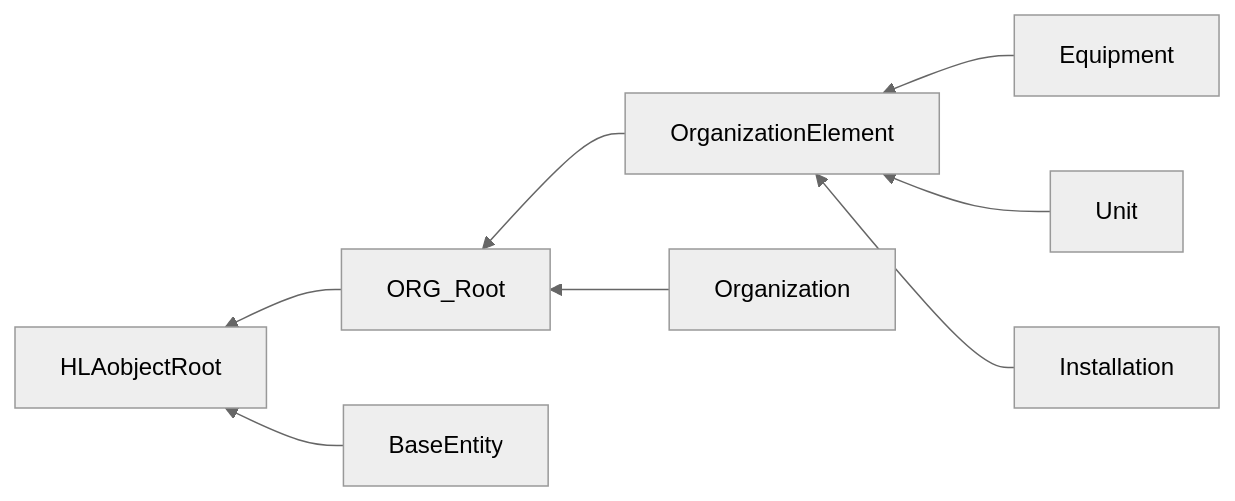
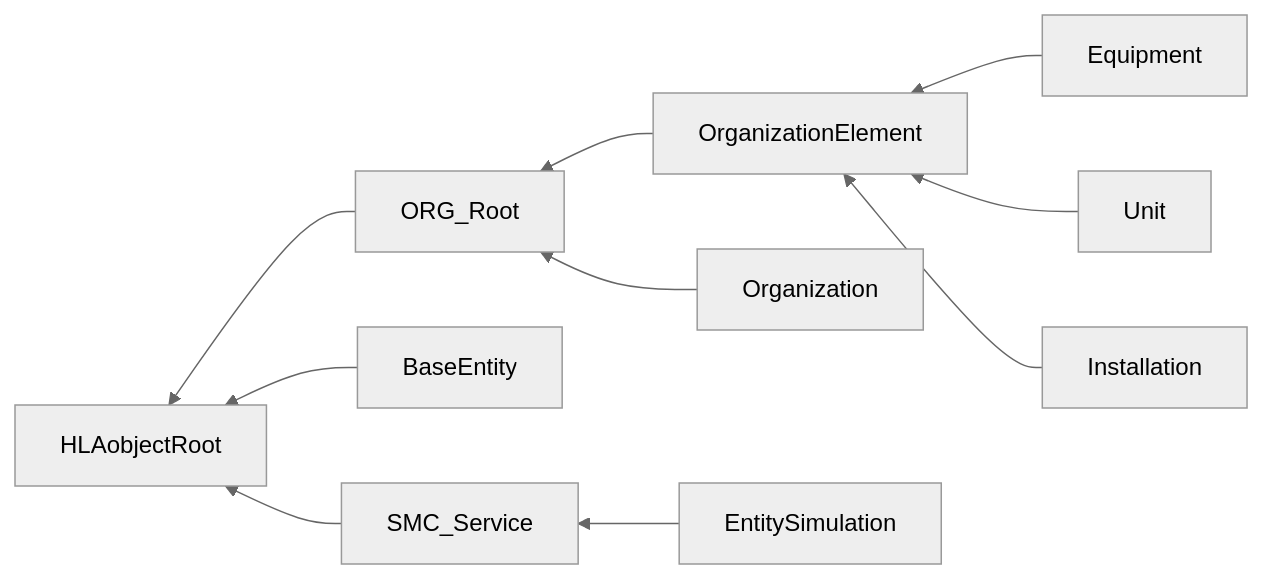
Before and after one commit to AMSP-04/NETN-ORG: the first of 2 diagrams in NETN-ORG.md, drawn with Mermaid (neutral theme). The commit also changed other lines of this file and 3 other files, not shown here.

````diff
--- a/NETN-ORG.md
+++ b/NETN-ORG.md
@@ -30,10 +32,12 @@
 ```mermaid
 graph RL
 ORG_Root-->HLAobjectRoot
 BaseEntity-->HLAobjectRoot
+SMC_Service-->HLAobjectRoot
 OrganizationElement-->ORG_Root
 Organization-->ORG_Root
 Equipment-->OrganizationElement
 Unit-->OrganizationElement
 Installation-->OrganizationElement
+EntitySimulation-->SMC_Service
 ```
````
